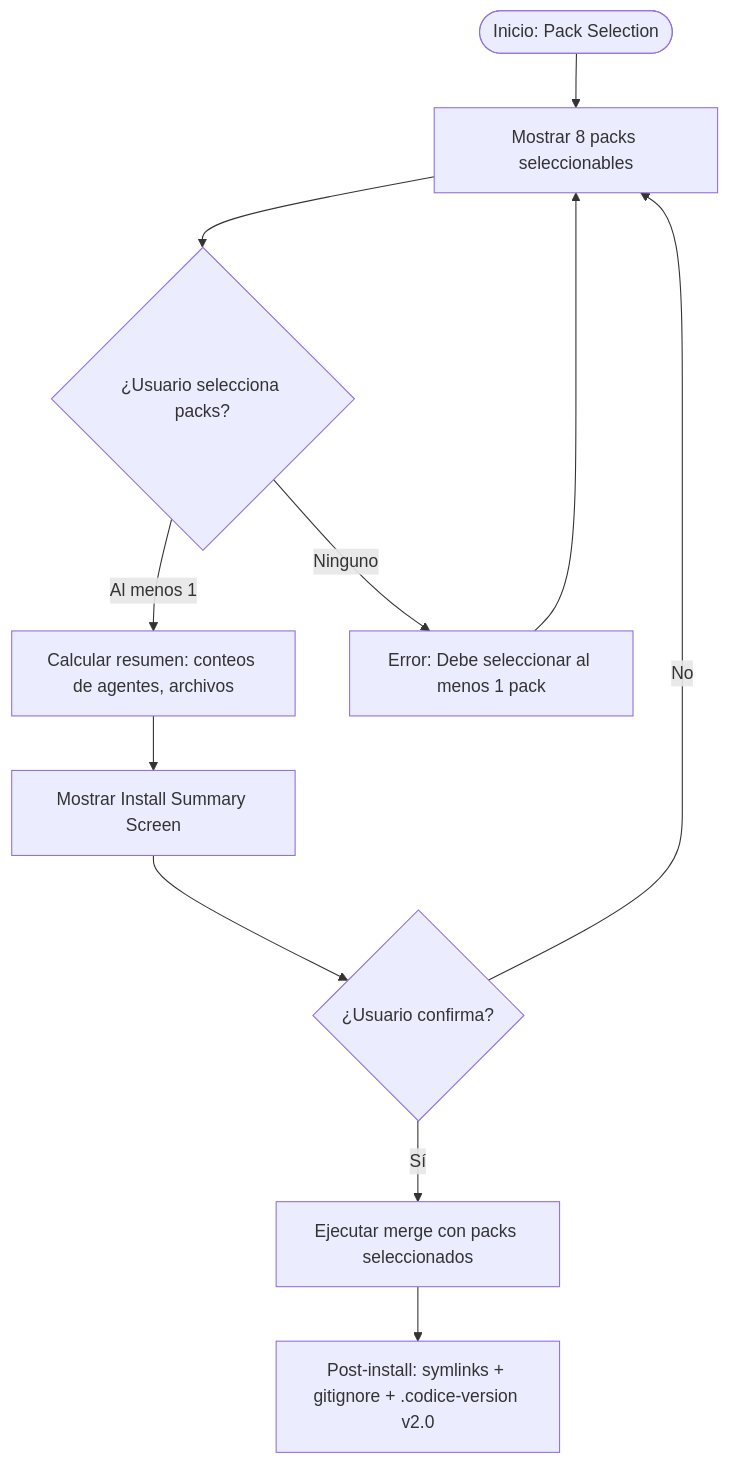
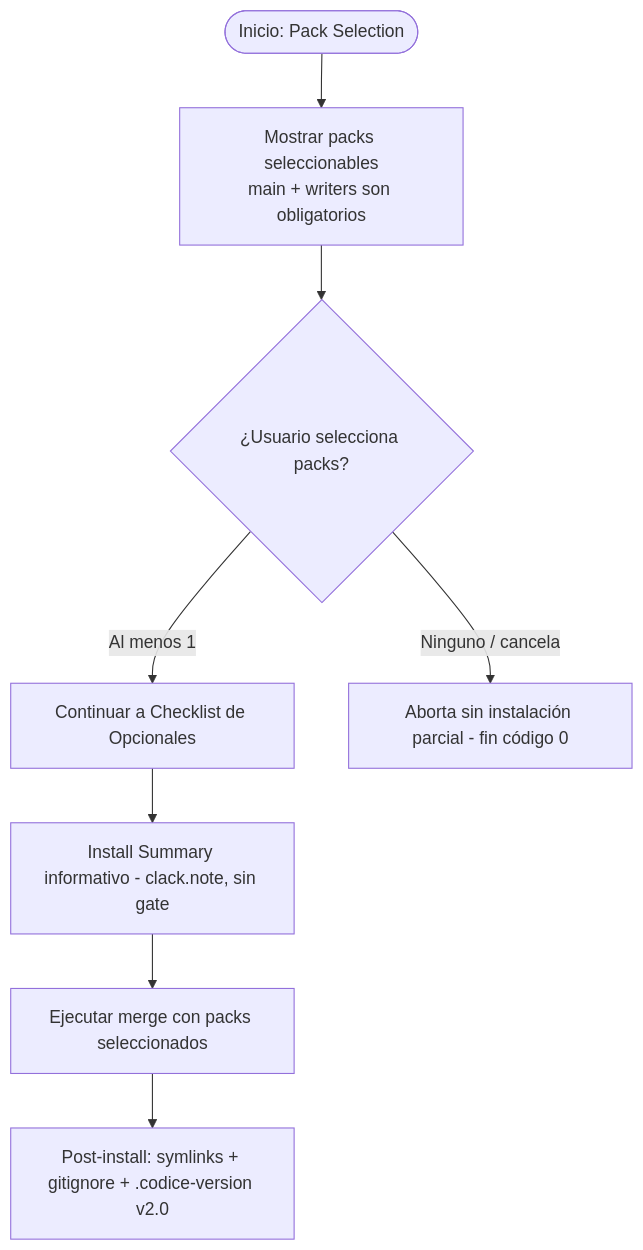
Before and after one commit to Fisherk2/codice-opencode: the seventh of 9 diagrams in docs/APPFLOW.md, drawn with Mermaid. The commit also changed other lines of this file and 88 other files, not shown here.

````diff
--- a/docs/APPFLOW.md
+++ b/docs/APPFLOW.md
@@ -174,13 +186,10 @@
 ```mermaid
 graph TD
-    A([Inicio: Pack Selection]) --> B[Mostrar 8 packs seleccionables]
+    A([Inicio: Pack Selection]) --> B[Mostrar packs seleccionables<br/>main + writers son obligatorios]
     B --> C{¿Usuario selecciona packs?}
-    C -- Al menos 1 --> D[Calcular resumen: conteos de agentes, archivos]
-    C -- Ninguno --> E[Error: Debe seleccionar al menos 1 pack]
-    E --> B
-    D --> F[Mostrar Install Summary Screen]
-    F --> G{¿Usuario confirma?}
-    G -- Sí --> H[Ejecutar merge con packs seleccionados]
-    G -- No --> B
+    C -- Al menos 1 --> D[Continuar a Checklist de Opcionales]
+    C -- Ninguno / cancela --> E[Aborta sin instalación parcial - fin código 0]
+    D --> F[Install Summary informativo - clack.note, sin gate]
+    F --> H[Ejecutar merge con packs seleccionados]
     H --> I[Post-install: symlinks + gitignore + .codice-version v2.0]
 ```
````
